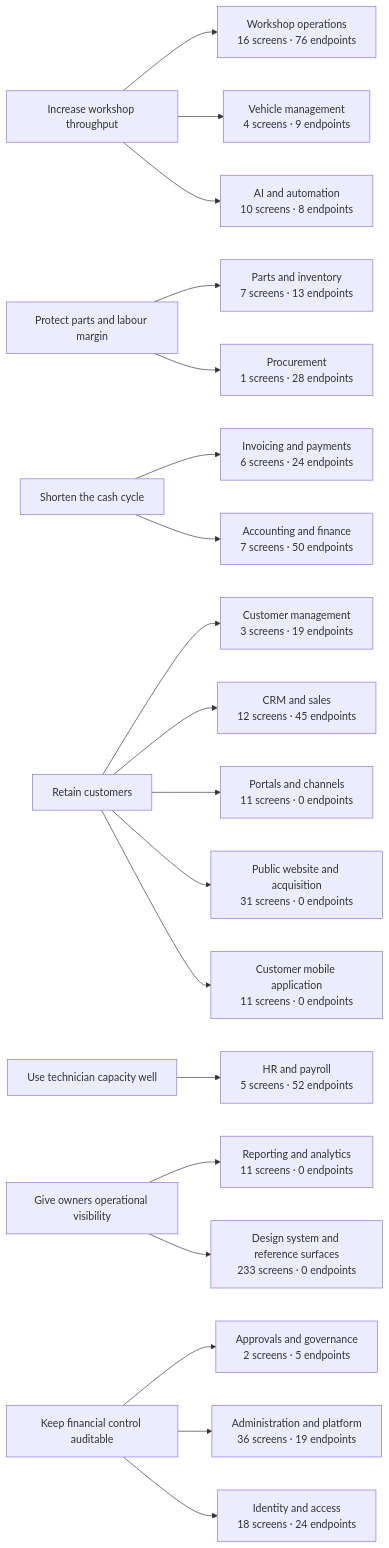
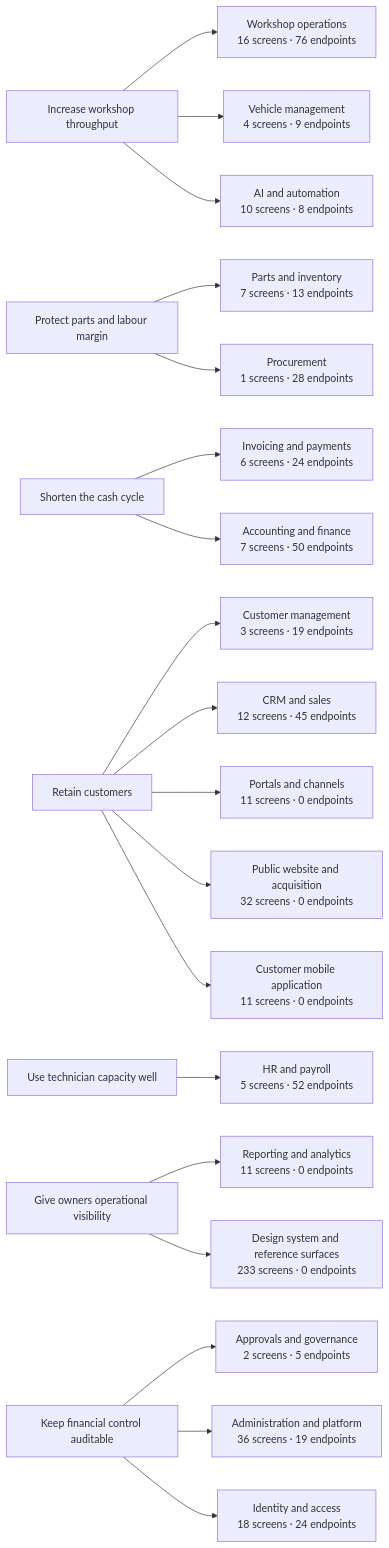
The diagram in docs/07_BUSINESS_ANALYSIS/BUSINESS_CAPABILITY_MAP.md (tazamohd/SlClNe), drawn with Mermaid before and after one commit. The commit also changed other lines of this file and 134 other files, not shown here.

````diff
--- a/docs/07_BUSINESS_ANALYSIS/BUSINESS_CAPABILITY_MAP.md
+++ b/docs/07_BUSINESS_ANALYSIS/BUSINESS_CAPABILITY_MAP.md
@@ -22,46 +22,46 @@
 ```mermaid
 flowchart LR
   OBJ_THROUGHPUT["Increase workshop throughput"]
   OBJ_MARGIN["Protect parts and labour margin"]
   OBJ_CASH["Shorten the cash cycle"]
   OBJ_RETENTION["Retain customers"]
   OBJ_CAPACITY["Use technician capacity well"]
   OBJ_VISIBILITY["Give owners operational visibility"]
   OBJ_CONTROL["Keep financial control auditable"]
   CAP_WORKSHOP["Workshop operations<br/>16 screens · 76 endpoints"]
   OBJ_THROUGHPUT --> CAP_WORKSHOP
   CAP_CUSTOMERS["Customer management<br/>3 screens · 19 endpoints"]
   OBJ_RETENTION --> CAP_CUSTOMERS
   CAP_VEHICLES["Vehicle management<br/>4 screens · 9 endpoints"]
   OBJ_THROUGHPUT --> CAP_VEHICLES
   CAP_INVENTORY["Parts and inventory<br/>7 screens · 13 endpoints"]
   OBJ_MARGIN --> CAP_INVENTORY
   CAP_PROCUREMENT["Procurement<br/>1 screens · 28 endpoints"]
   OBJ_MARGIN --> CAP_PROCUREMENT
   CAP_BILLING["Invoicing and payments<br/>6 screens · 24 endpoints"]
   OBJ_CASH --> CAP_BILLING
   CAP_ACCOUNTING["Accounting and finance<br/>7 screens · 50 endpoints"]
   OBJ_CASH --> CAP_ACCOUNTING
   CAP_HR["HR and payroll<br/>5 screens · 52 endpoints"]
   OBJ_CAPACITY --> CAP_HR
   CAP_CRM["CRM and sales<br/>12 screens · 45 endpoints"]
   OBJ_RETENTION --> CAP_CRM
   CAP_REPORTING["Reporting and analytics<br/>11 screens · 0 endpoints"]
   OBJ_VISIBILITY --> CAP_REPORTING
   CAP_GOVERNANCE["Approvals and governance<br/>2 screens · 5 endpoints"]
   OBJ_CONTROL --> CAP_GOVERNANCE
   CAP_PORTALS["Portals and channels<br/>11 screens · 0 endpoints"]
   OBJ_RETENTION --> CAP_PORTALS
   CAP_AI["AI and automation<br/>10 screens · 8 endpoints"]
   OBJ_THROUGHPUT --> CAP_AI
   CAP_PLATFORM["Administration and platform<br/>36 screens · 19 endpoints"]
   OBJ_CONTROL --> CAP_PLATFORM
   CAP_IDENTITY["Identity and access<br/>18 screens · 24 endpoints"]
   OBJ_CONTROL --> CAP_IDENTITY
-  CAP_WEBSITE["Public website and acquisition<br/>31 screens · 0 endpoints"]
+  CAP_WEBSITE["Public website and acquisition<br/>32 screens · 0 endpoints"]
   OBJ_RETENTION --> CAP_WEBSITE
   CAP_CUSTOMERAPP["Customer mobile application<br/>11 screens · 0 endpoints"]
   OBJ_RETENTION --> CAP_CUSTOMERAPP
   CAP_DESIGNSYSTEM["Design system and reference surfaces<br/>233 screens · 0 endpoints"]
   OBJ_VISIBILITY --> CAP_DESIGNSYSTEM
 ```
````
